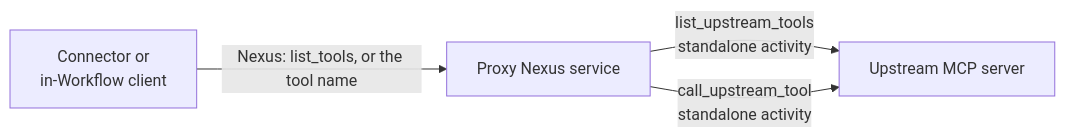
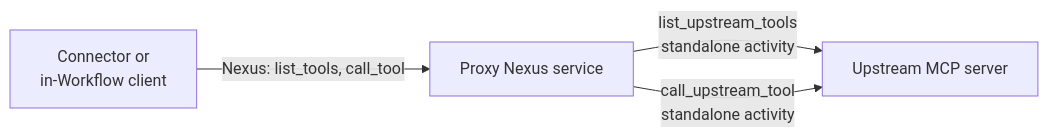
One commit to long-nt-tran/durable-mcp-connector changed the fifth of 5 diagrams in ARCHITECTURE.md. Above: the diagram before and after it, drawn with Mermaid. The commit also changed other lines of this file and 20 other files, not shown here.

Commit message:
Long-poll for non-Task compatible client, add custom dispatch for proxy

````diff
--- a/ARCHITECTURE.md
+++ b/ARCHITECTURE.md
@@ -365,6 +375,6 @@
 ```mermaid
 flowchart LR
-  C["Connector or<br>in-Workflow client"] -->|"Nexus: list_tools, or the tool name"| P["Proxy Nexus service"]
+  C["Connector or<br>in-Workflow client"] -->|"Nexus: list_tools, call_tool"| P["Proxy Nexus service"]
   P -->|"list_upstream_tools<br>standalone activity"| U["Upstream MCP server"]
   P -->|"call_upstream_tool<br>standalone activity"| U
 ```
````
